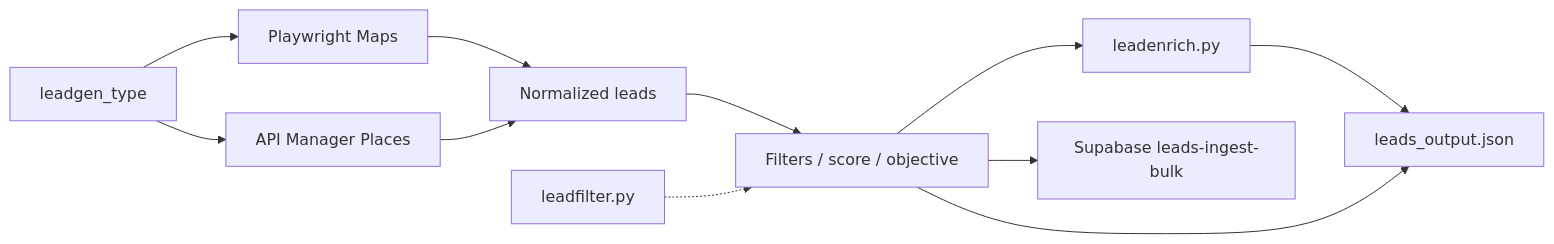
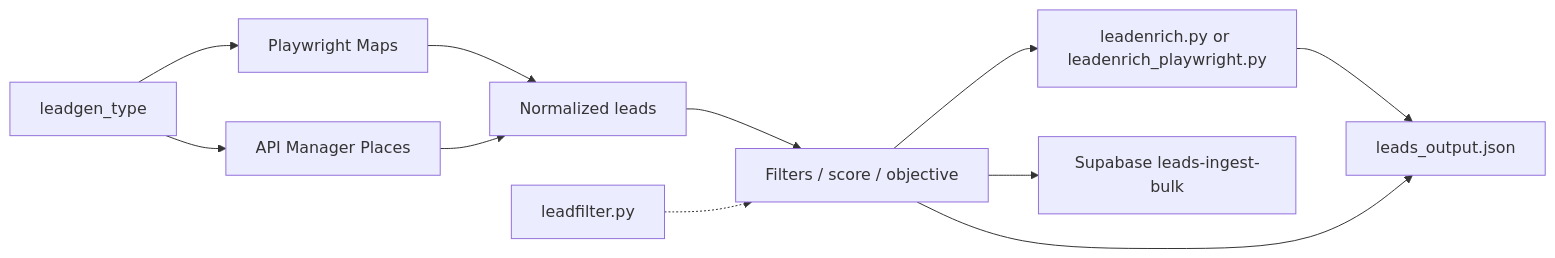
One commit to StaticxViper/cjm-dev changed the diagram in documentation/scripts/leadgen.md. Above: the diagram before and after it, drawn with Mermaid. The commit also changed other lines of this file and 9 other files, not shown here.

````diff
--- a/documentation/scripts/leadgen.md
+++ b/documentation/scripts/leadgen.md
@@ -151,13 +151,13 @@
 ```mermaid
 flowchart LR
   cfg[leadgen_type] --> pw[Playwright Maps]
   cfg --> api[API Manager Places]
   pw --> norm[Normalized leads]
   api --> norm
   norm --> filters[Filters / score / objective]
-  filters --> enrich[leadenrich.py]
+  filters --> enrich[leadenrich.py or leadenrich_playwright.py]
   enrich --> jsonOut[leads_output.json]
   filters --> jsonOut
   filters --> supabase[Supabase leads-ingest-bulk]
   leadfilter[leadfilter.py] -.-> filters
 ```
````
